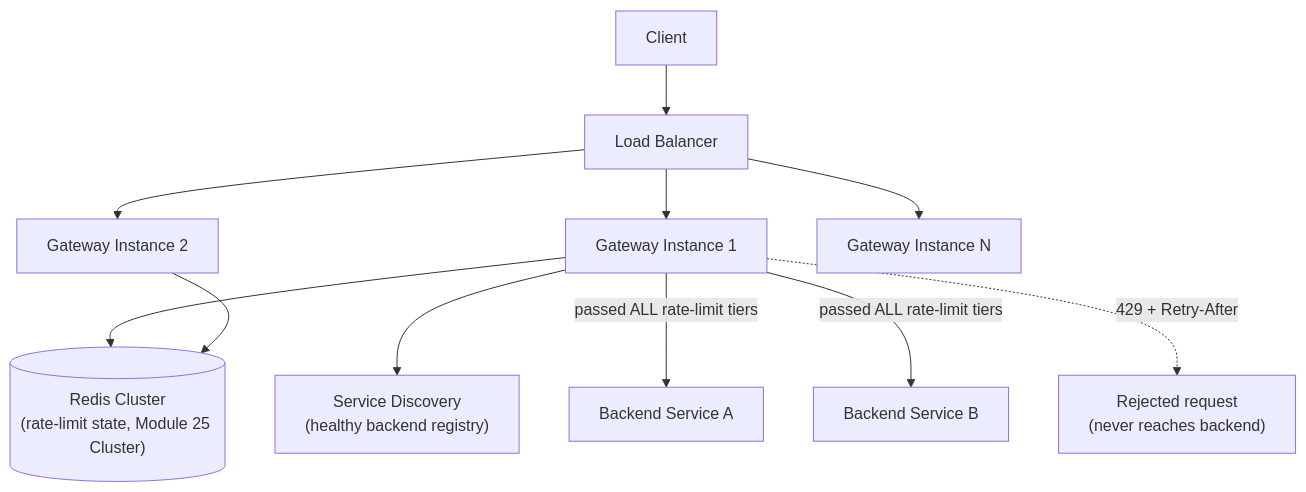
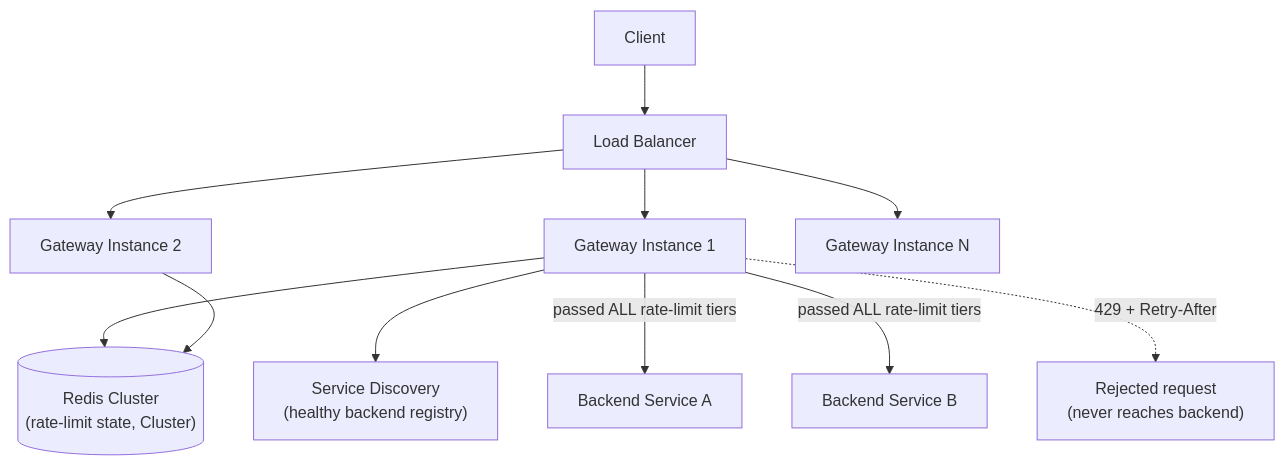
Before and after one commit to umashankarp/InterviewQuestions: the second of 2 diagrams in 14-System-Design/04-Designing-Rate-Limiter-API-Gateway.md, drawn with Mermaid. The commit also changed other lines of this file and 173 other files, not shown here.

````diff
--- a/14-System-Design/04-Designing-Rate-Limiter-API-Gateway.md
+++ b/14-System-Design/04-Designing-Rate-Limiter-API-Gateway.md
@@ -140,13 +140,13 @@
 ```mermaid
 graph TB
-    Client --> LB[Load Balancer]
-    LB --> GW1[Gateway Instance 1]
-    LB --> GW2[Gateway Instance 2]
-    LB --> GW3[Gateway Instance N]
-    GW1 --> RedisCluster[("Redis Cluster<br/>(rate-limit state, Module 25 Cluster)")]
-    GW2 --> RedisCluster
-    GW1 --> ServiceDiscovery["Service Discovery<br/>(healthy backend registry)"]
-    GW1 -->|"passed ALL rate-limit tiers"| BackendA[Backend Service A]
-    GW1 -->|"passed ALL rate-limit tiers"| BackendB[Backend Service B]
-    GW1 -.->|"429 + Retry-After"| RejectedClient["Rejected request<br/>(never reaches backend)"]
+ Client --> LB[Load Balancer]
+ LB --> GW1[Gateway Instance 1]
+ LB --> GW2[Gateway Instance 2]
+ LB --> GW3[Gateway Instance N]
+ GW1 --> RedisCluster[("Redis Cluster<br/>(rate-limit state, Cluster)")]
+ GW2 --> RedisCluster
+ GW1 --> ServiceDiscovery["Service Discovery<br/>(healthy backend registry)"]
+ GW1 -->|"passed ALL rate-limit tiers"| BackendA[Backend Service A]
+ GW1 -->|"passed ALL rate-limit tiers"| BackendB[Backend Service B]
+ GW1 -.->|"429 + Retry-After"| RejectedClient["Rejected request<br/>(never reaches backend)"]
 ```
````
